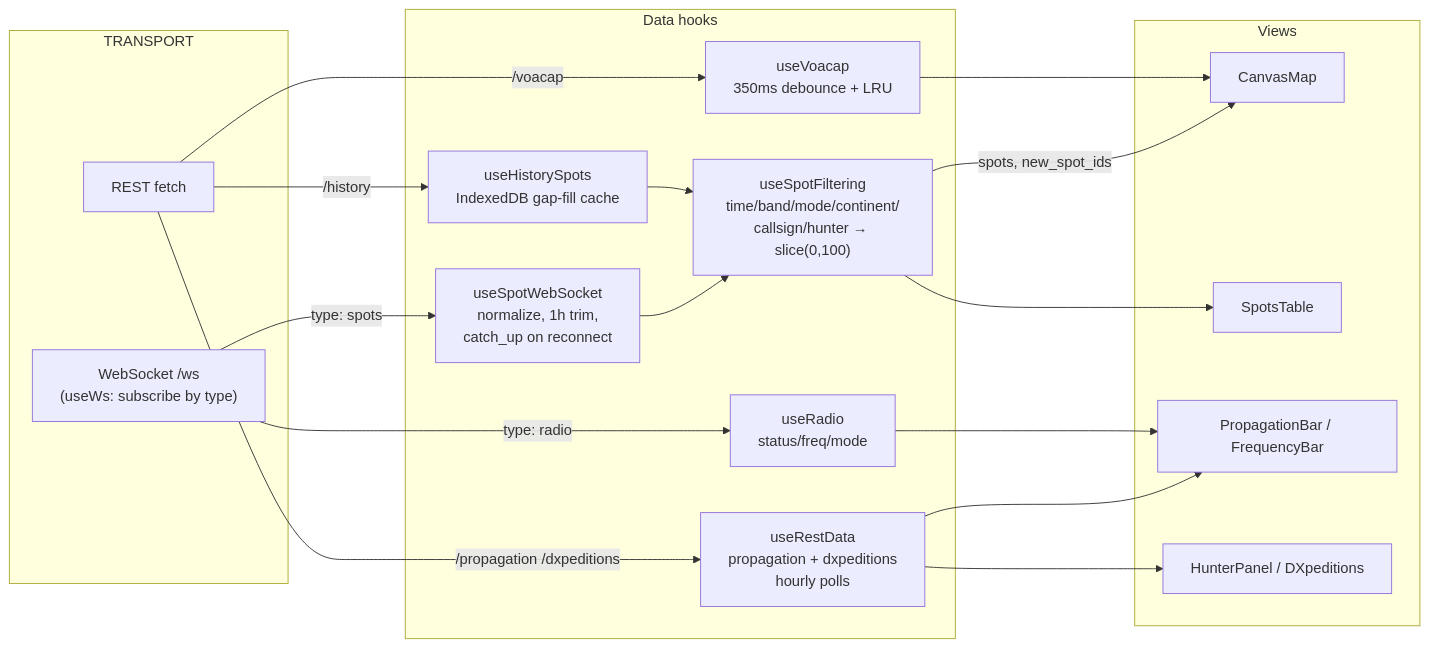
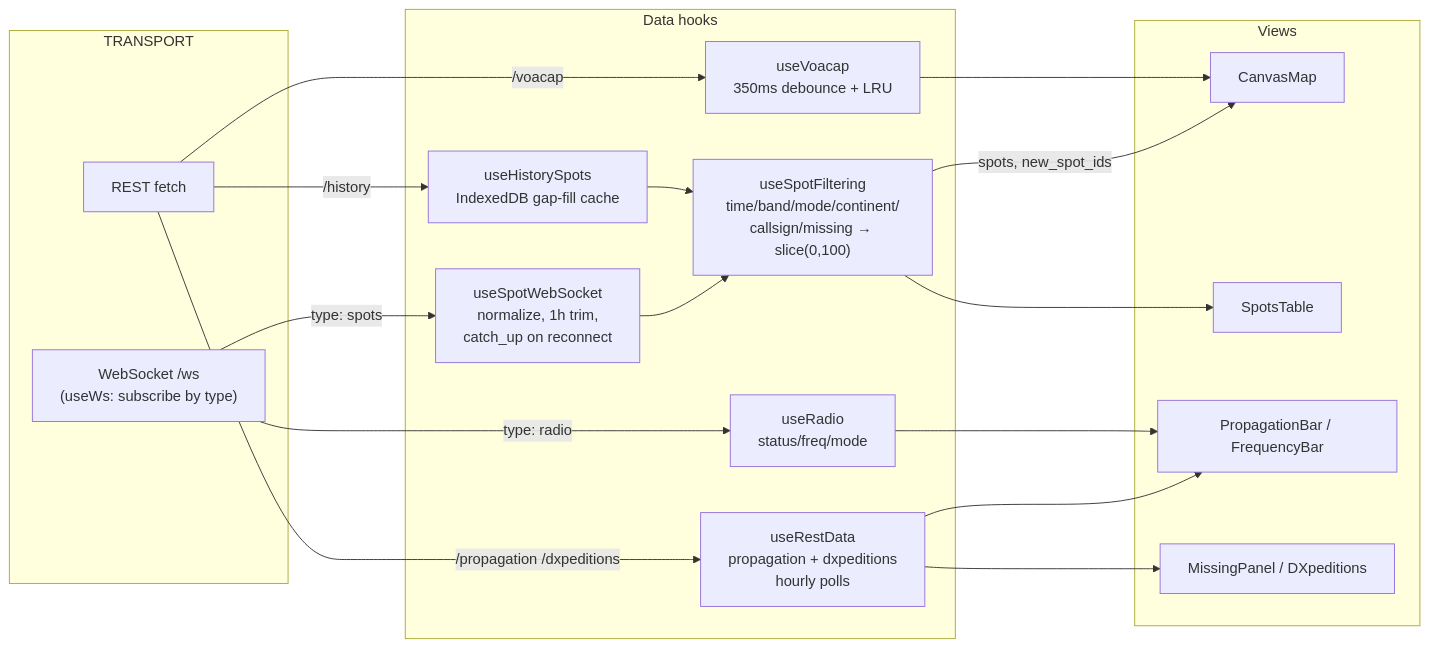
One commit to iarc-il/HolyCluster changed the seventh of 15 diagrams in docs/ARCHITECTURE.md. Above: the diagram before and after it, drawn with Mermaid. The commit also changed other lines of this file and 30 other files, not shown here.

Commit message:
Finish renaming Hunter to Missing

````diff
--- a/docs/ARCHITECTURE.md
+++ b/docs/ARCHITECTURE.md
@@ -428,37 +428,37 @@
 ```mermaid
 flowchart LR
     subgraph TRANSPORT
         WSOCK["WebSocket /ws<br/>(useWs: subscribe by type)"]
         REST["REST fetch"]
     end
 
     subgraph DATA["Data hooks"]
         SWS["useSpotWebSocket<br/>normalize, 1h trim,<br/>catch_up on reconnect"]
         HIST["useHistorySpots<br/>IndexedDB gap-fill cache"]
-        FILT["useSpotFiltering<br/>time/band/mode/continent/<br/>callsign/hunter → slice(0,100)"]
+        FILT["useSpotFiltering<br/>time/band/mode/continent/<br/>callsign/missing → slice(0,100)"]
         RESTD["useRestData<br/>propagation + dxpeditions<br/>hourly polls"]
         VOA["useVoacap<br/>350ms debounce + LRU"]
         RADH["useRadio<br/>status/freq/mode"]
     end
 
     subgraph VIEW["Views"]
         MAP["CanvasMap"]
         TABLE["SpotsTable"]
         BARS["PropagationBar / FrequencyBar"]
-        HP["HunterPanel / DXpeditions"]
+        HP["MissingPanel / DXpeditions"]
     end
 
     WSOCK -->|"type: spots"| SWS
     WSOCK -->|"type: radio"| RADH
     REST -->|"/history"| HIST
     REST -->|"/propagation /dxpeditions"| RESTD
     REST -->|"/voacap"| VOA
     SWS --> FILT
     HIST --> FILT
     FILT -->|"spots, new_spot_ids"| MAP
     FILT --> TABLE
     RESTD --> BARS
     RESTD --> HP
     VOA --> MAP
     RADH --> BARS
 ```
````
